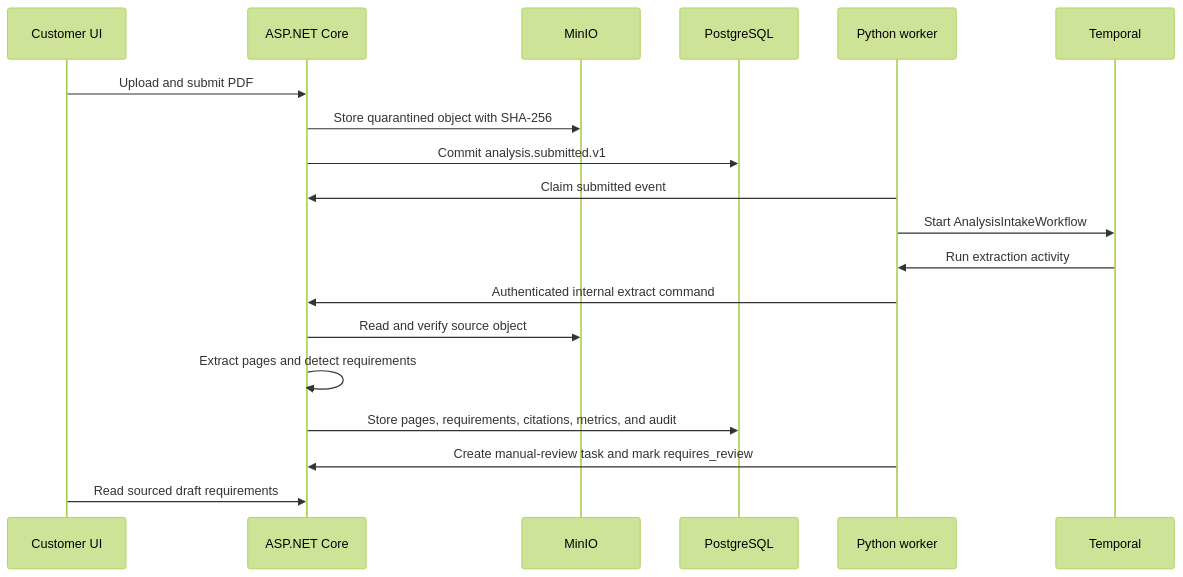
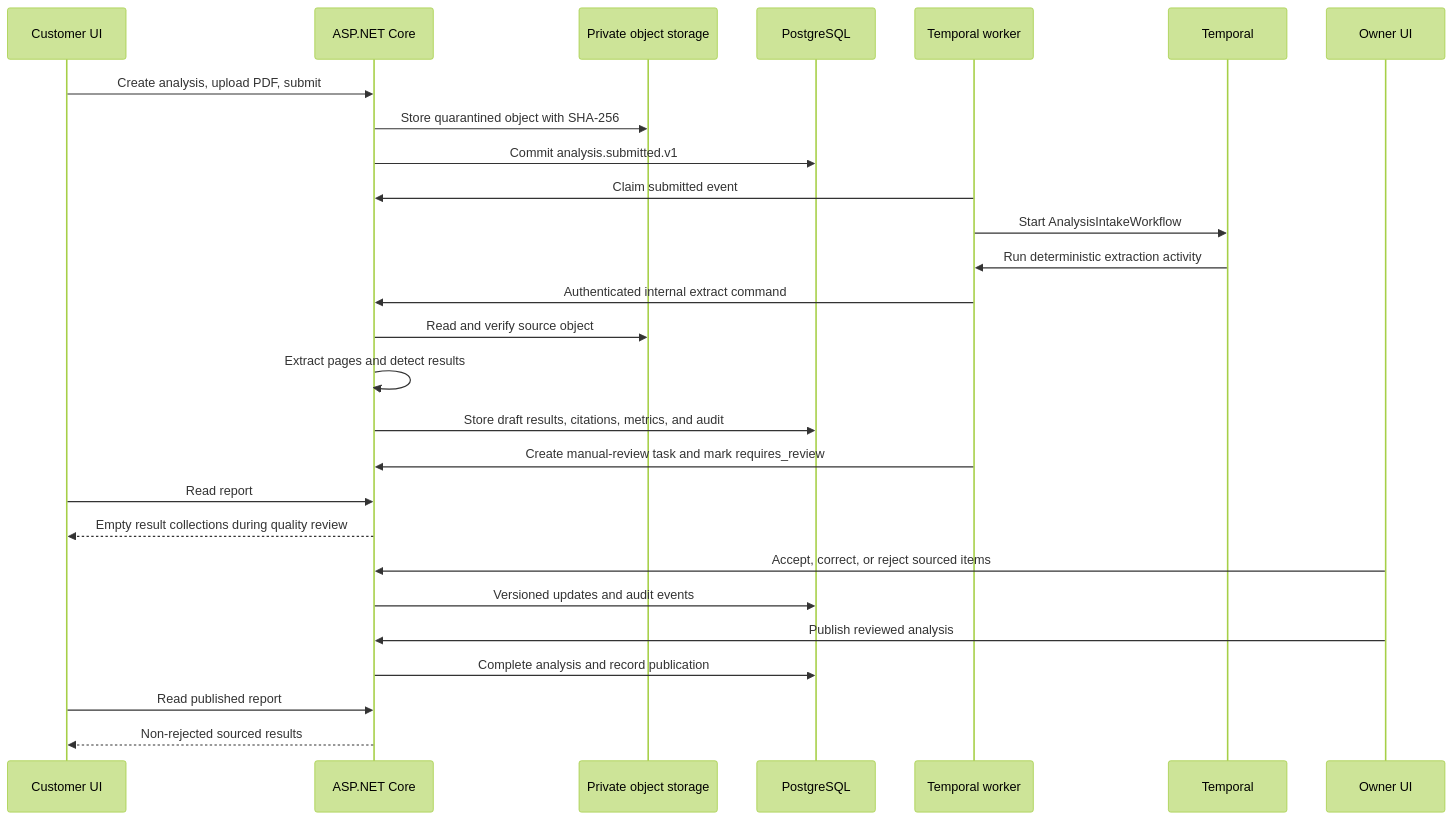
Before and after one commit to DrottPoker/BidMatrix: the sixth of 7 diagrams in docs/architecture/overview.md, drawn with Mermaid (forest theme). The commit also changed other lines of this file and 138 other files, not shown here.

````diff
--- a/docs/architecture/overview.md
+++ b/docs/architecture/overview.md
@@ -57,21 +147,29 @@
 ```mermaid
 sequenceDiagram
-    participant UI as Customer UI
+    participant C as Customer UI
     participant API as ASP.NET Core
-    participant S3 as MinIO
+    participant S3 as Private object storage
     participant DB as PostgreSQL
-    participant W as Python worker
+    participant W as Temporal worker
     participant T as Temporal
-    UI->>API: Upload and submit PDF
+    participant O as Owner UI
+    C->>API: Create analysis, upload PDF, submit
     API->>S3: Store quarantined object with SHA-256
     API->>DB: Commit analysis.submitted.v1
     W->>API: Claim submitted event
     W->>T: Start AnalysisIntakeWorkflow
-    T->>W: Run extraction activity
+    T->>W: Run deterministic extraction activity
     W->>API: Authenticated internal extract command
     API->>S3: Read and verify source object
-    API->>API: Extract pages and detect requirements
-    API->>DB: Store pages, requirements, citations, metrics, and audit
+    API->>API: Extract pages and detect results
+    API->>DB: Store draft results, citations, metrics, and audit
     W->>API: Create manual-review task and mark requires_review
-    UI->>API: Read sourced draft requirements
+    C->>API: Read report
+    API-->>C: Empty result collections during quality review
+    O->>API: Accept, correct, or reject sourced items
+    API->>DB: Versioned updates and audit events
+    O->>API: Publish reviewed analysis
+    API->>DB: Complete analysis and record publication
+    C->>API: Read published report
+    API-->>C: Non-rejected sourced results
 ```
````
